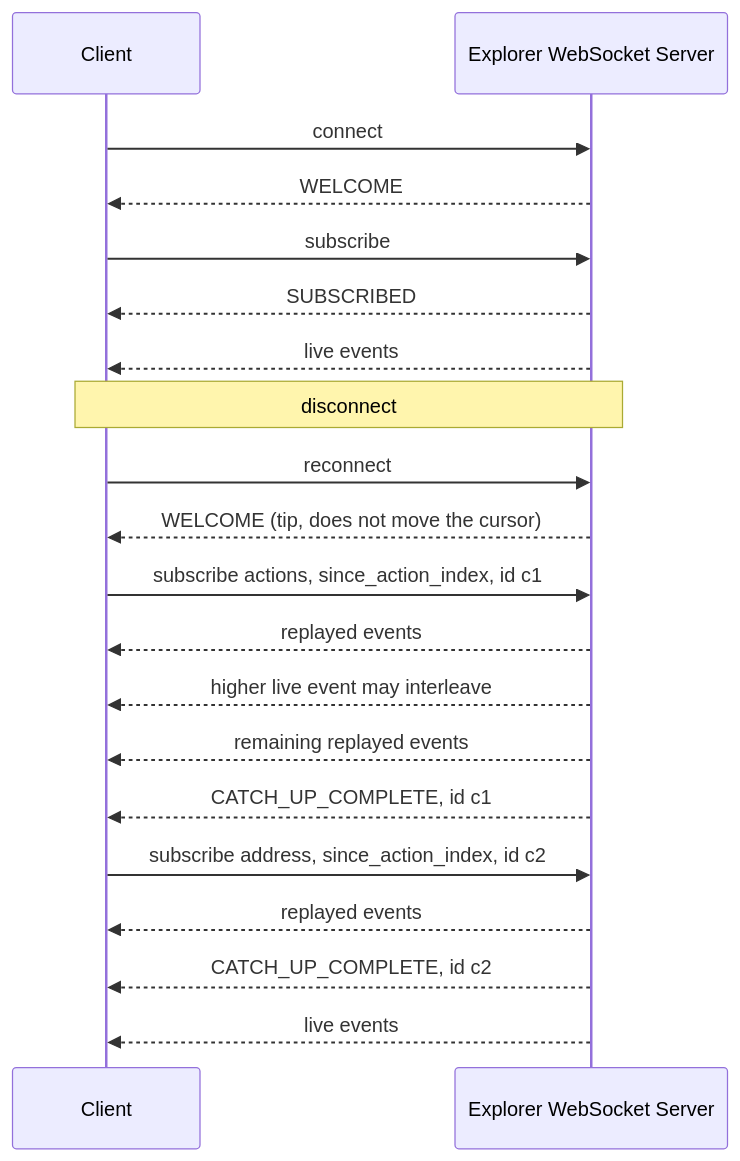
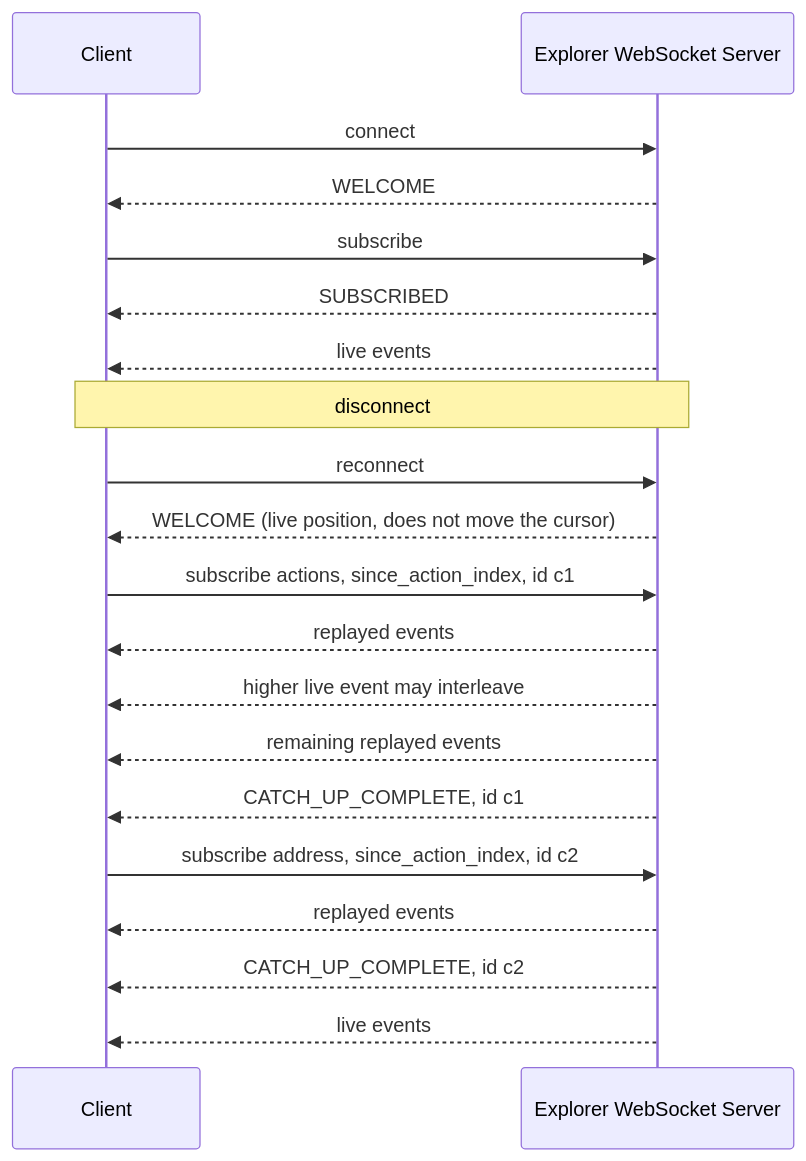
The diagram in components/explorer/websocket.md (XChain-Platform/xchain-documentation), drawn with Mermaid before and after one commit. The commit also changed other lines of this file and 1 other file, not shown here.

````diff
--- a/components/explorer/websocket.md
+++ b/components/explorer/websocket.md
@@ -915,24 +975,24 @@
 ```mermaid
 sequenceDiagram
     participant C as Client
     participant S as Explorer WebSocket Server
 
     C->>S: connect
     S-->>C: WELCOME
     C->>S: subscribe
     S-->>C: SUBSCRIBED
     S-->>C: live events
 
     Note over C,S: disconnect
     C->>S: reconnect
-    S-->>C: WELCOME (tip, does not move the cursor)
+    S-->>C: WELCOME (live position, does not move the cursor)
     C->>S: subscribe actions, since_action_index, id c1
     S-->>C: replayed events
     S-->>C: higher live event may interleave
     S-->>C: remaining replayed events
     S-->>C: CATCH_UP_COMPLETE, id c1
     C->>S: subscribe address, since_action_index, id c2
     S-->>C: replayed events
     S-->>C: CATCH_UP_COMPLETE, id c2
     S-->>C: live events
 ```
````
